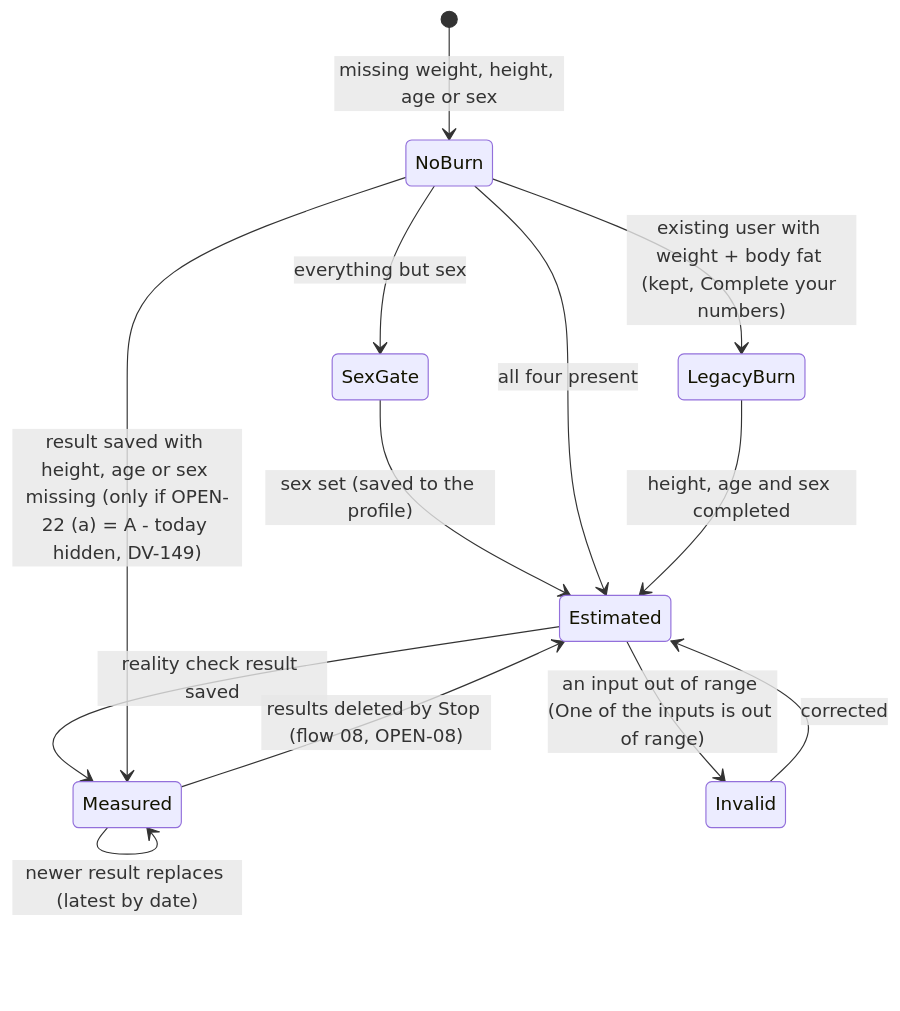
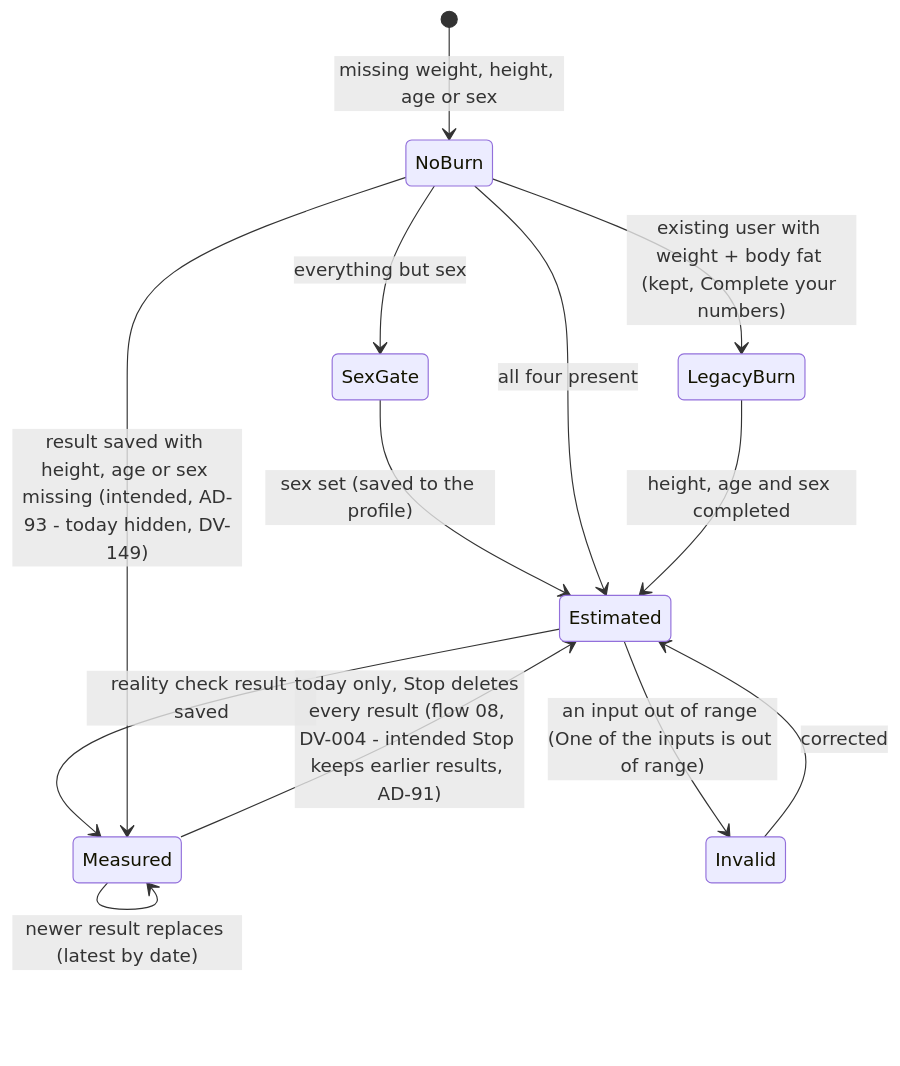
One commit to evandroviskis/dosetrace changed the third of 4 diagrams in docs/product/flows/09-weigh-in-and-your-numbers.md. Above: the diagram before and after it, drawn with Mermaid. The commit also changed other lines of this file and 22 other files, not shown here.

Commit message:
docs/product: founder answers of 2026-10-15 applied (0 OPEN; AD-77..AD-109; DL-102..108; DV targets 1.3.0 / 1.3.1; sign-out never blocked); 120 diagrams render

````diff
--- a/docs/product/flows/09-weigh-in-and-your-numbers.md
+++ b/docs/product/flows/09-weigh-in-and-your-numbers.md
@@ -89,15 +90,15 @@
 ```mermaid
 stateDiagram-v2
     [*] --> NoBurn: missing weight, height, age or sex
     NoBurn --> SexGate: everything but sex
     SexGate --> Estimated: sex set (saved to the profile)
     NoBurn --> Estimated: all four present
     NoBurn --> LegacyBurn: existing user with weight + body fat (kept, Complete your numbers)
     LegacyBurn --> Estimated: height, age and sex completed
     Estimated --> Measured: reality check result saved
-    NoBurn --> Measured: result saved with height, age or sex missing (only if OPEN-22 (a) = A - today hidden, DV-149)
+    NoBurn --> Measured: result saved with height, age or sex missing (intended, AD-93 - today hidden, DV-149)
     Measured --> Measured: newer result replaces (latest by date)
-    Measured --> Estimated: results deleted by Stop (flow 08, OPEN-08)
+    Measured --> Estimated: today only, Stop deletes every result (flow 08, DV-004 - intended Stop keeps earlier results, AD-91)
     Estimated --> Invalid: an input out of range (One of the inputs is out of range)
     Invalid --> Estimated: corrected
 ```
````
